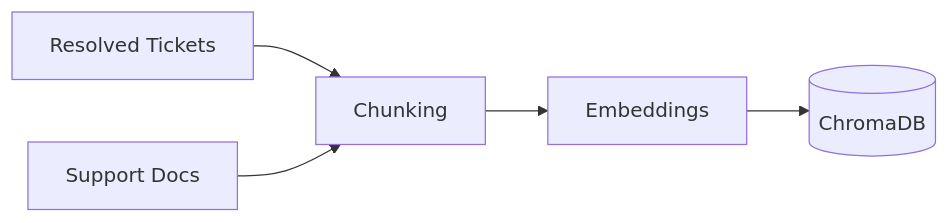
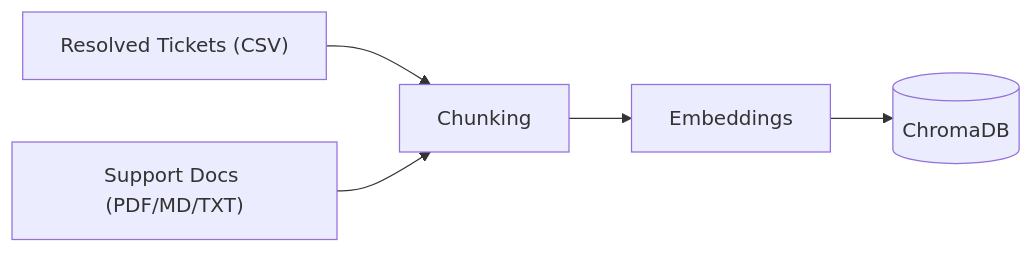
One commit to bee-honey/ai-support-ticket-resolver changed the fifth of 9 diagrams in docs/IMPLEMENTATION_GUIDE.md. Above: the diagram before and after it, drawn with Mermaid. The commit also changed other lines of this file, not shown here.

````diff
--- a/docs/IMPLEMENTATION_GUIDE.md
+++ b/docs/IMPLEMENTATION_GUIDE.md
@@ -458,12 +363,12 @@
 ```mermaid
 flowchart LR
-    T["Resolved Tickets"]
-    D["Support Docs"]
+    T["Resolved Tickets (CSV)"]
+    D["Support Docs (PDF/MD/TXT)"]
     C["Chunking"]
     E["Embeddings"]
     V[("ChromaDB")]
     T --> C
     D --> C
     C --> E
     E --> V
 ```
````
